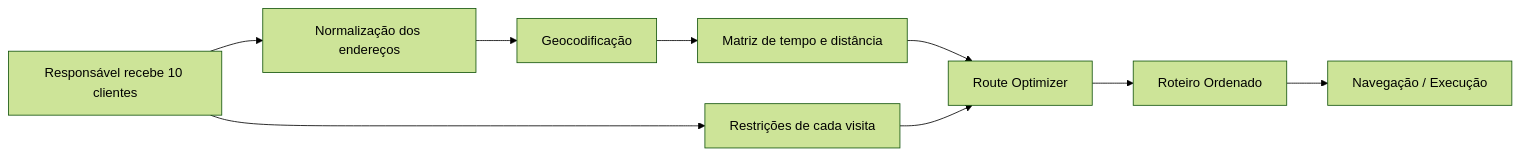
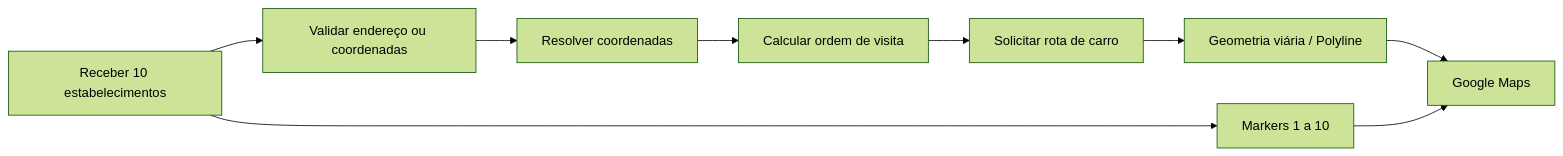
Before and after one commit to sales-force-pb/melhor-abordagem: the diagram in roteiro-inteligente/README.md, drawn with Mermaid (forest theme). The commit also changed other lines of this file, not shown here.

Commit message:
docs: align smart route with driving map MVP

````diff
--- a/roteiro-inteligente/README.md
+++ b/roteiro-inteligente/README.md
@@ -25,20 +25,20 @@
 ```mermaid
 flowchart LR
-    A[Responsável recebe 10 clientes]
-    B[Normalização dos endereços]
-    C[Geocodificação]
-    D[Matriz de tempo e distância]
-    E[Restrições de cada visita]
-    F[Route Optimizer]
-    G[Roteiro Ordenado]
-    H[Navegação / Execução]
+    A[Receber 10 estabelecimentos]
+    B[Validar endereço ou coordenadas]
+    C[Resolver coordenadas]
+    D[Calcular ordem de visita]
+    E[Solicitar rota de carro]
+    F[Geometria viária / Polyline]
+    G[Google Maps]
+    H[Markers 1 a 10]
 
     A --> B
     B --> C
     C --> D
-    A --> E
-    D --> F
+    D --> E
     E --> F
     F --> G
-    G --> H
+    A --> H
+    H --> G
 ```
````
